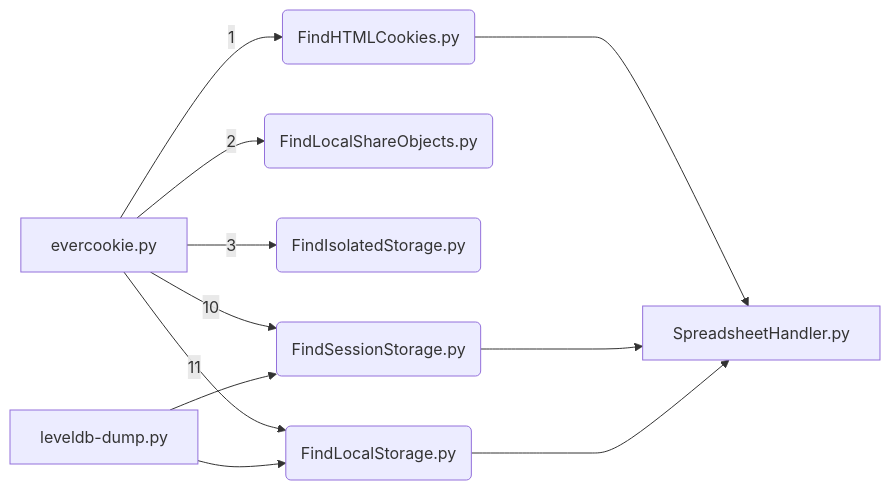
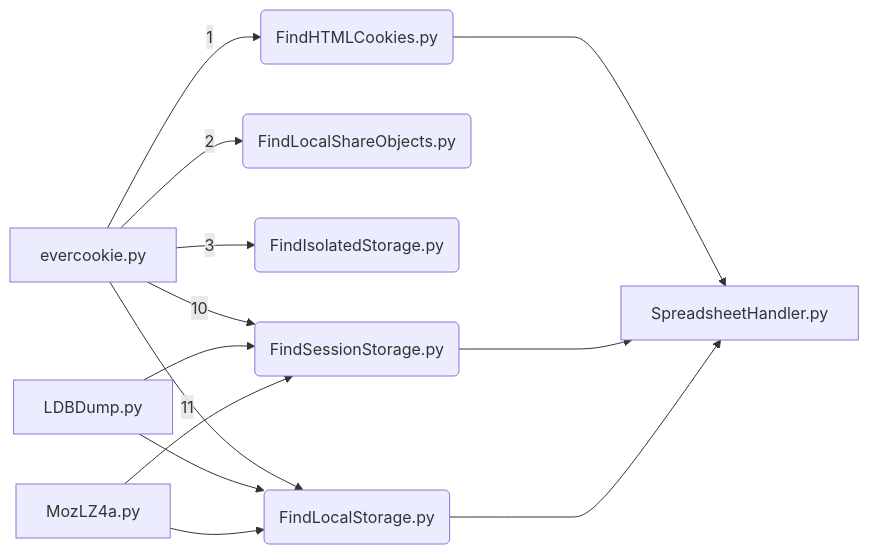
One commit to southwickIO/equable-destruction changed the diagram in README.md. Above: the diagram before and after it, drawn with Mermaid. The commit also changed other lines of this file and 6 other files, not shown here.

Commit message:
working on FindSessionStorage.py

````diff
--- a/README.md
+++ b/README.md
@@ -16,17 +20,19 @@
 ```mermaid
 graph LR
 A[evercookie.py] -- 1 --> B(FindHTMLCookies.py)
 A[evercookie.py] -- 2 --> C(FindLocalShareObjects.py)
 A[evercookie.py] -- 3 --> D(FindIsolatedStorage.py)
 A[evercookie.py] -- 10 --> E(FindSessionStorage.py)
 A[evercookie.py] -- 11 --> F(FindLocalStorage.py)
 
-G[leveldb-dump.py] --> E(FindSessionStorage.py)
-G[leveldb-dump.py] --> F(FindLocalStorage.py)
+G[LDBDump.py] --> E(FindSessionStorage.py)
+G[LDBDump.py] --> F(FindLocalStorage.py)
+I[MozLZ4a.py] --> E(FindSessionStorage.py)
+I[MozLZ4a.py] --> F(FindLocalStorage.py)
 
 B(FindHTMLCookies.py) ----> H[SpreadsheetHandler.py]
 E(FindSessionStorage.py) ----> H[SpreadsheetHandler.py]
 F(FindLocalStorage.py) ----> H[SpreadsheetHandler.py]
 
 
 ```
````
